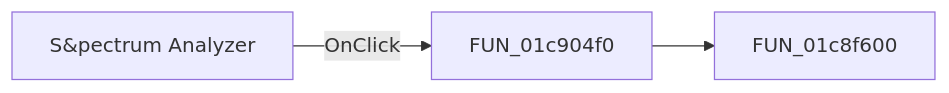
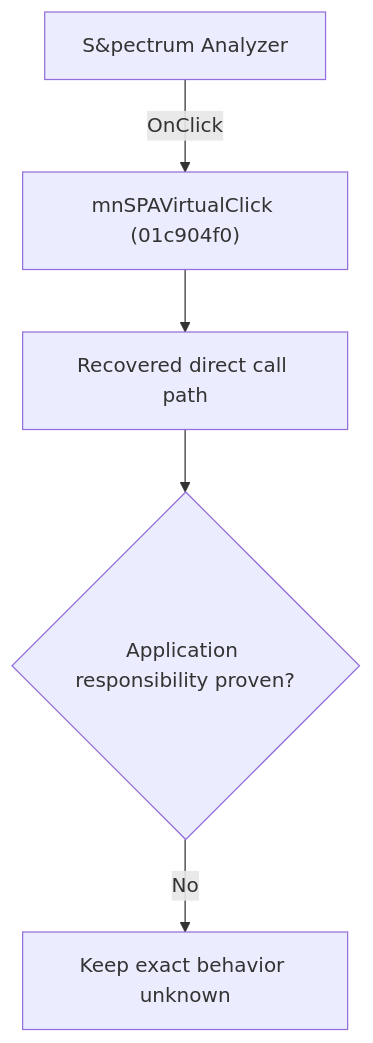
Before and after one commit to MovGP0/TIARA: the diagram in docs/ui-controls/schematiceditor/spectrumanalyzer-11a1e69228.md, drawn with Mermaid. The commit also changed other lines of this file and 1062 other files, not shown here.

````diff
--- a/docs/ui-controls/schematiceditor/spectrumanalyzer-11a1e69228.md
+++ b/docs/ui-controls/schematiceditor/spectrumanalyzer-11a1e69228.md
@@ -27,5 +27,7 @@
 ```mermaid
-flowchart LR
-    control["S&pectrum Analyzer"] -->|OnClick| handler["FUN_01c904f0"]
-    handler --> call1["FUN_01c8f600"]
+flowchart TD
+    control["S&pectrum Analyzer"] -->|"OnClick"| handler["mnSPAVirtualClick (01c904f0)"]
+    handler --> recovered["Recovered direct call path"]
+    recovered --> gap{"Application responsibility proven?"}
+    gap -->|"No"| blocked["Keep exact behavior unknown"]
 ```
````
